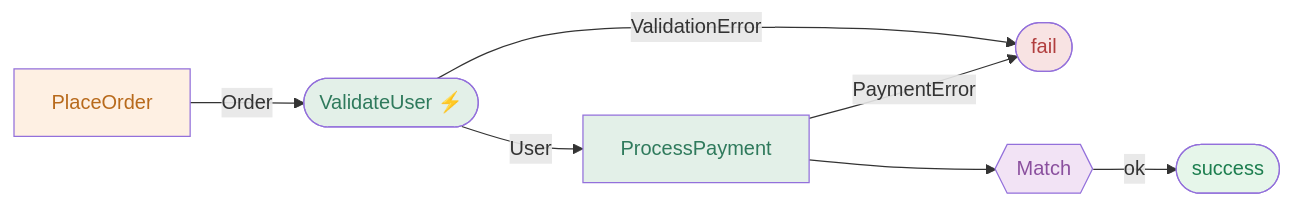
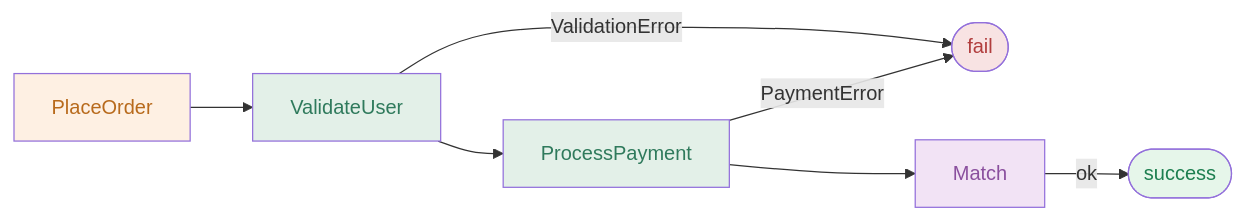
One commit to reslava/nuget-package-reslava-result changed the diagram in docs/nuget/README.REslava.Result.md. Above: the diagram before and after it, drawn with Mermaid. The commit also changed 1 other file, not shown here.

Commit message:
fix: simplify NuGet README Mermaid diagrams — remove unsupported subgraphs, class directives and hexagon shapes

````diff
--- a/docs/nuget/README.REslava.Result.md
+++ b/docs/nuget/README.REslava.Result.md
@@ -11,23 +11,23 @@
 ```mermaid
 flowchart LR
   N0_PlaceOrder["PlaceOrder"]:::operation
-  N1_ValidateUser(["ValidateUser ⚡"]):::transform
+  N1_ValidateUser["ValidateUser"]:::transform
   N2_ProcessPayment["ProcessPayment"]:::transform
-  N3_Match{{"Match"}}:::terminal
+  N3_Match["Match"]:::terminal
 
-  N0_PlaceOrder -->|"Order"| N1_ValidateUser
-  N1_ValidateUser -->|"ValidationError"| FAIL
-  N1_ValidateUser -->|"User"| N2_ProcessPayment
-  N2_ProcessPayment -->|"PaymentError"| FAIL
+  N0_PlaceOrder --> N1_ValidateUser
+  N1_ValidateUser -->|ValidationError| FAIL
+  N1_ValidateUser --> N2_ProcessPayment
+  N2_ProcessPayment -->|PaymentError| FAIL
   N2_ProcessPayment --> N3_Match
   N3_Match -->|ok| SUCCESS
 
   FAIL([fail]):::failure
   SUCCESS([success]):::success
 
   classDef operation fill:#fef0e3,color:#b86a1c
   classDef transform fill:#e3f0e8,color:#2f7a5c
   classDef terminal  fill:#f2e3f5,color:#8a4f9e
   classDef failure   fill:#f8e3e3,color:#b13e3e
   classDef success   fill:#e6f6ea,color:#1c7e4f
 ```
````
